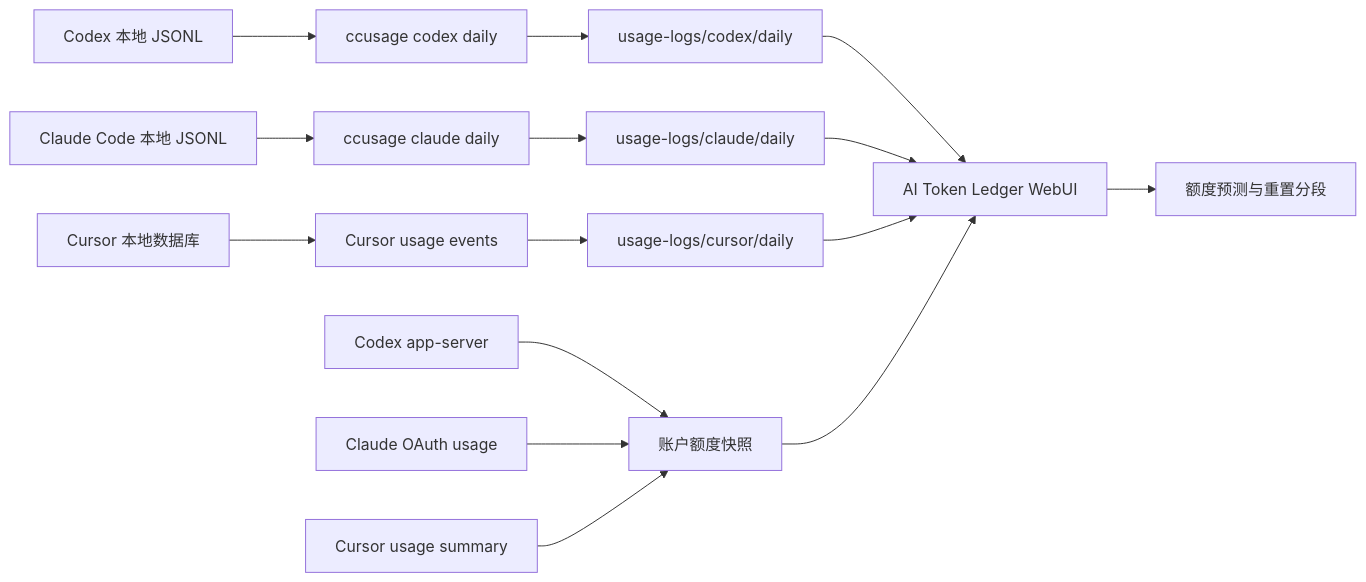
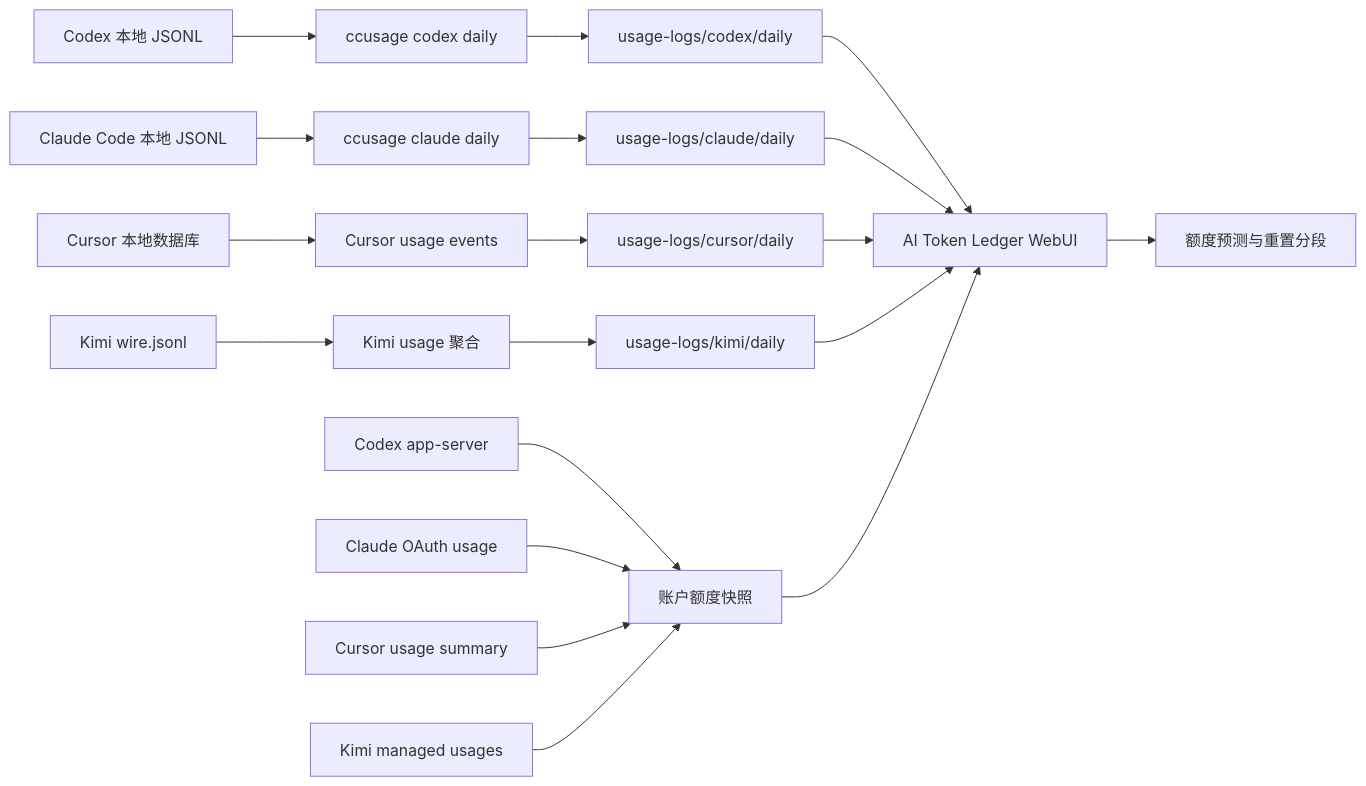
The diagram in README.md (Flowfangfei/codex_token_visualization), drawn with Mermaid before and after one commit. The commit also changed other lines of this file and 16 other files, not shown here.

Commit message:
Add extensible providers Kimi usage and update alerts

````diff
--- a/README.md
+++ b/README.md
@@ -93,17 +113,21 @@
 ```mermaid
 flowchart LR
   A[Codex 本地 JSONL] --> B[ccusage codex daily]
   C[Claude Code 本地 JSONL] --> D[ccusage claude daily]
   E[Cursor 本地数据库] --> F[Cursor usage events]
+  P[Kimi wire.jsonl] --> Q[Kimi usage 聚合]
   B --> G[usage-logs/codex/daily]
   D --> H[usage-logs/claude/daily]
   F --> I[usage-logs/cursor/daily]
+  Q --> R[usage-logs/kimi/daily]
   G --> J[AI Token Ledger WebUI]
   H --> J
   I --> J
+  R --> J
   K[Codex app-server] --> L[账户额度快照]
   M[Claude OAuth usage] --> L
   N[Cursor usage summary] --> L
+  S[Kimi managed usages] --> L
   L --> J
   J --> O[额度预测与重置分段]
 ```
````
